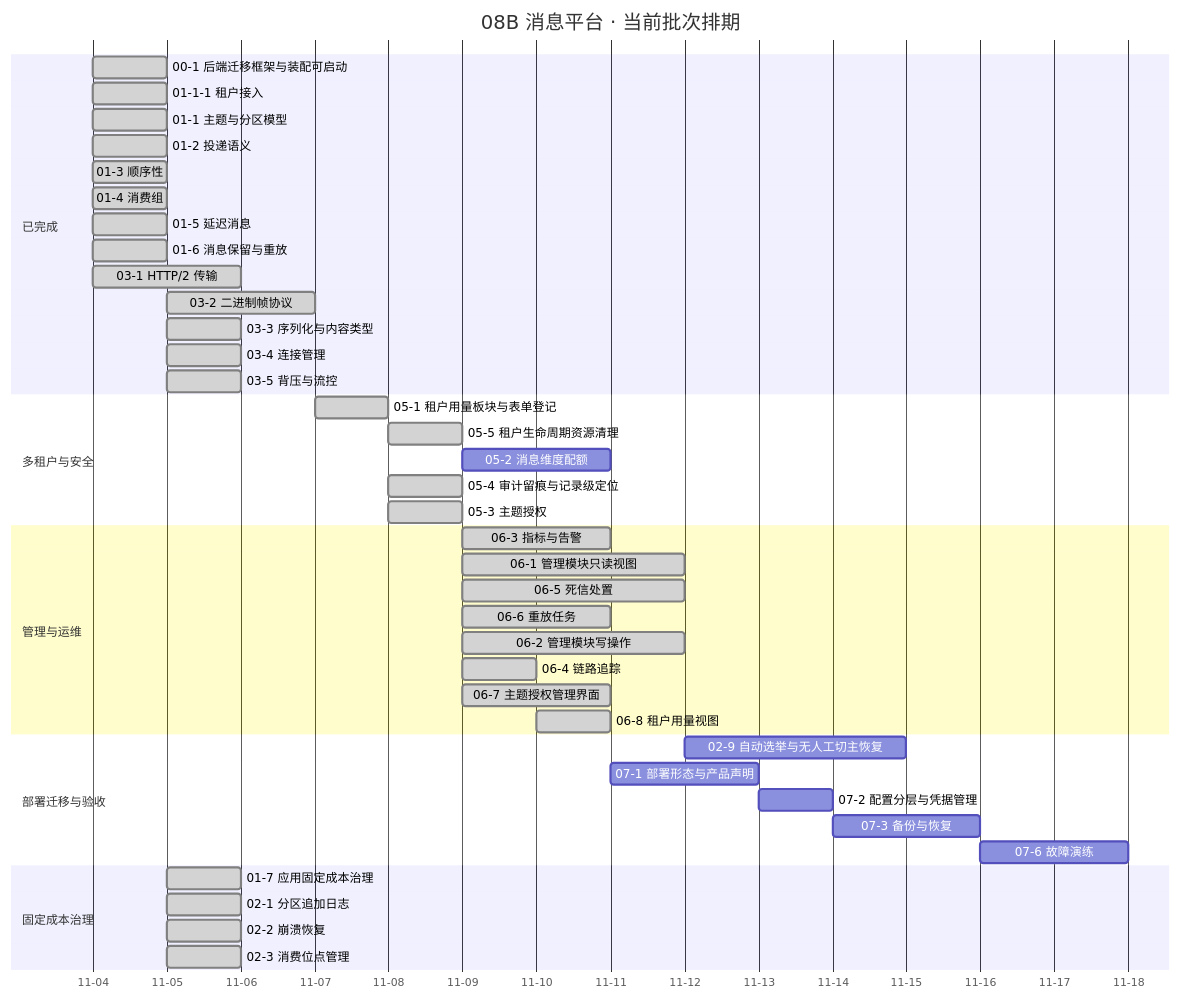
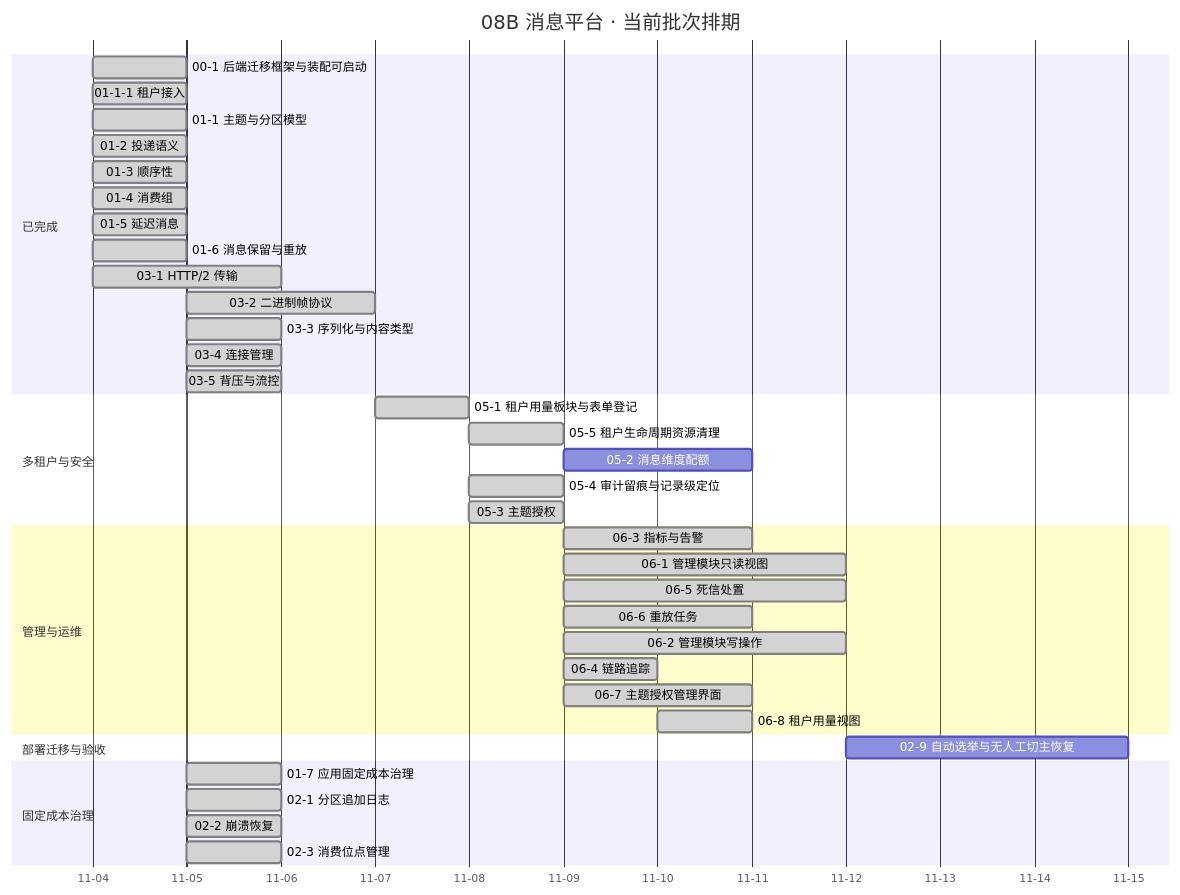
One commit to minjian123/message-platform changed the diagram in msg文档/项目/08B_消息平台/计划/01_计划_消息平台.md. Above: the diagram before and after it, drawn with Mermaid. The commit also changed other lines of this file and 96 other files, not shown here.

````diff
--- a/msg文档/项目/08B_消息平台/计划/01_计划_消息平台.md
+++ b/msg文档/项目/08B_消息平台/计划/01_计划_消息平台.md
@@ -139,47 +130,43 @@
 ```mermaid
 gantt
     title 08B 消息平台 · 当前批次排期
-    %% 任务域 02：02-7 已交付（2026-11-05）、02-4 / 02-5 已交付（2026-11-11，单日窗口不入甘特）、02-8 / 02-9 已交付（2026-11-12，单日窗口不入甘特）、02-10 立项（2026-11-13 单日窗口，不入甘特）；任务域 04：04-1 ~ 04-7 全部已交付不入甘特；任务域 06：06-1 ~ 06-8 全部已交付（2026-11-09 ~ 11-10），不再留在待排区间；任务域 01：01-8（8B_04）已交付（2026-11-11），不再留在待排区间；任务域 07：07-1/2/3/6 入甘特，07-4-1 / 07-4-2 均已交付（2026-11-10）不入甘特
+    %% 任务域 02：02-7 已交付（2026-11-05）、02-4 / 02-5 已交付（2026-11-11，单日窗口不入甘特）、02-8 / 02-9 已交付（2026-11-12，单日窗口不入甘特）、02-10 立项（2026-11-13 单日窗口，不入甘特）；任务域 04：04-1 ~ 04-7 全部已交付不入甘特；任务域 06：06-1 ~ 06-8 全部已交付（2026-11-09 ~ 11-10），不再留在待排区间；任务域 01：01-8（8B_04）已交付（2026-11-11），不再留在待排区间；任务域 07 已整体剥离（2026-11-13），不入甘特
     dateFormat YYYY-MM-DD
     axisFormat %m-%d
     section 已完成
     00-1 后端迁移框架与装配可启动 :done, d001, 2026-11-04, 1d
     01-1-1 租户接入 :done, d0111, 2026-11-04, 1d
     01-1 主题与分区模型 :done, t011, 2026-11-04, 1d
     01-2 投递语义 :done, t012, 2026-11-04, 1d
     01-3 顺序性 :done, t013, 2026-11-04, 1d
     01-4 消费组 :done, t014, 2026-11-04, 1d
     01-5 延迟消息 :done, t015, 2026-11-04, 1d
     01-6 消息保留与重放 :done, t016, 2026-11-04, 1d
     03-1 HTTP/2 传输 :done, t031, 2026-11-04, 2d
     03-2 二进制帧协议 :done, t032, 2026-11-05, 2d
     03-3 序列化与内容类型 :done, t033, 2026-11-05, 1d
     03-4 连接管理 :done, t034, 2026-11-05, 1d
     03-5 背压与流控 :done, t035, 2026-11-05, 1d
     section 多租户与安全
     05-1 租户用量板块与表单登记 :done, t051, 2026-11-07, 1d
     05-5 租户生命周期资源清理 :done, t055, 2026-11-08, 1d
     05-2 消息维度配额 :t052, after t055, 2d
     05-4 审计留痕与记录级定位 :done, t054, 2026-11-08, 1d
     05-3 主题授权 :done, t053, 2026-11-08, 1d
     section 管理与运维
     06-3 指标与告警 :done, t063, 2026-11-09, 2d
     06-1 管理模块只读视图 :done, t061, 2026-11-09, 3d
     06-5 死信处置 :done, t065, 2026-11-09, 3d
     06-6 重放任务 :done, t066, 2026-11-09, 2d
     06-2 管理模块写操作 :done, t062, 2026-11-09, 3d
     06-4 链路追踪 :done, t064, 2026-11-09, 1d
     06-7 主题授权管理界面 :done, t067, 2026-11-09, 2d
     06-8 租户用量视图 :done, t068, 2026-11-10, 1d
     section 部署迁移与验收
     02-9 自动选举与无人工切主恢复 :t029, 2026-11-12, 3d
-    07-1 部署形态与产品声明 :t071, 2026-11-11, 2d
-    07-2 配置分层与凭据管理 :t072, 2026-11-13, 1d
-    07-3 备份与恢复 :t073, 2026-11-14, 2d
-    07-6 故障演练 :t076, 2026-11-16, 2d
     section 固定成本治理
     01-7 应用固定成本治理 :done, t017, 2026-11-05, 1d
     02-1 分区追加日志 :done, t021, 2026-11-05, 1d
     02-2 崩溃恢复 :done, t022, 2026-11-05, 1d
     02-3 消费位点管理 :done, t023, 2026-11-05, 1d
 ```
````
